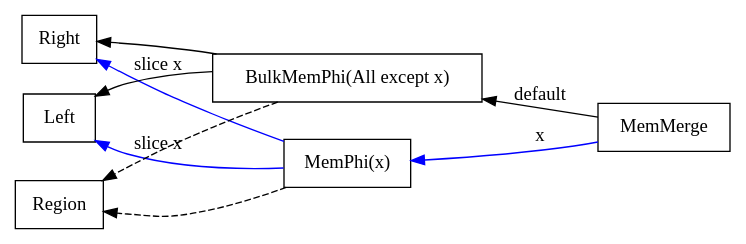
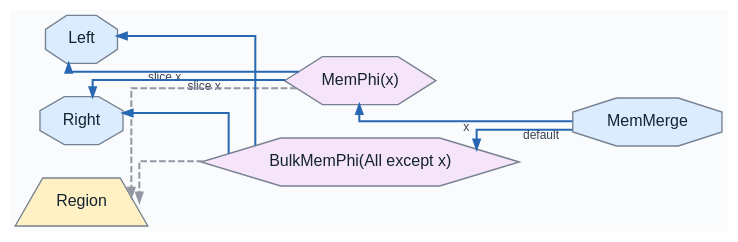
Before and after one commit to SeaOfNodes/Simple: the diagram in chapter10b/docs/example2b.gv, drawn with Graphviz. The commit also changed 175 other files, not shown here.

```diff
--- a/chapter10b/docs/example2b.gv
+++ b/chapter10b/docs/example2b.gv
@@ -1,10 +1,19 @@
 digraph Memory {
+  // IR styles match graph/web/render.js; arrows are use -> definition.
+  graph [bgcolor="#fafbfc" fontname="Helvetica" nodesep=0.35 ranksep=0.55 splines=ortho];
+  node [fontname="Helvetica" fontsize=12 color="#758191" fontcolor="#152330" shape=box style="rounded,filled" fillcolor="#edf3f7"];
+  edge [fontname="Helvetica" fontsize=9 color="#536477" fontcolor="#364352" arrowsize=0.7 penwidth=1.5];
+
   rankdir=RL;
-  node [shape=box];
-  P [label="MemPhi(x)"];
-  B [label="BulkMemPhi(All except x)"];
-  P -> Left [label="slice x",color=blue]; P -> Right [label="slice x",color=blue];
-  B -> Left; B -> Right;
-  P -> Region [style=dashed]; B -> Region [style=dashed];
-  MemMerge -> P [label="x",color=blue]; MemMerge -> B [label="default"];
+
+  P [label="MemPhi(x)" shape=hexagon style="filled" fillcolor="#f5e4fa"];
+  B [label="BulkMemPhi(All except x)" shape=hexagon style="filled" fillcolor="#f5e4fa"];
+  P -> Left [xlabel="slice x",color="#2867b2"]; P -> Right [xlabel="slice x",color="#2867b2"];
+  B -> Left [color="#2867b2"]; B -> Right [color="#2867b2"];
+  P -> Region [style=dashed,color="#9396a3"]; B -> Region [style=dashed,color="#9396a3"];
+  MemMerge -> P [xlabel="x",color="#2867b2"]; MemMerge -> B [xlabel="default",color="#2867b2"];
+  MemMerge [shape=octagon style="filled" fillcolor="#dcecff"];
+  Left [shape=octagon style="filled" fillcolor="#dcecff"];
+  Right [shape=octagon style="filled" fillcolor="#dcecff"];
+  Region [shape=trapezium style="filled" fillcolor="#fff1c4"];
 }
```
